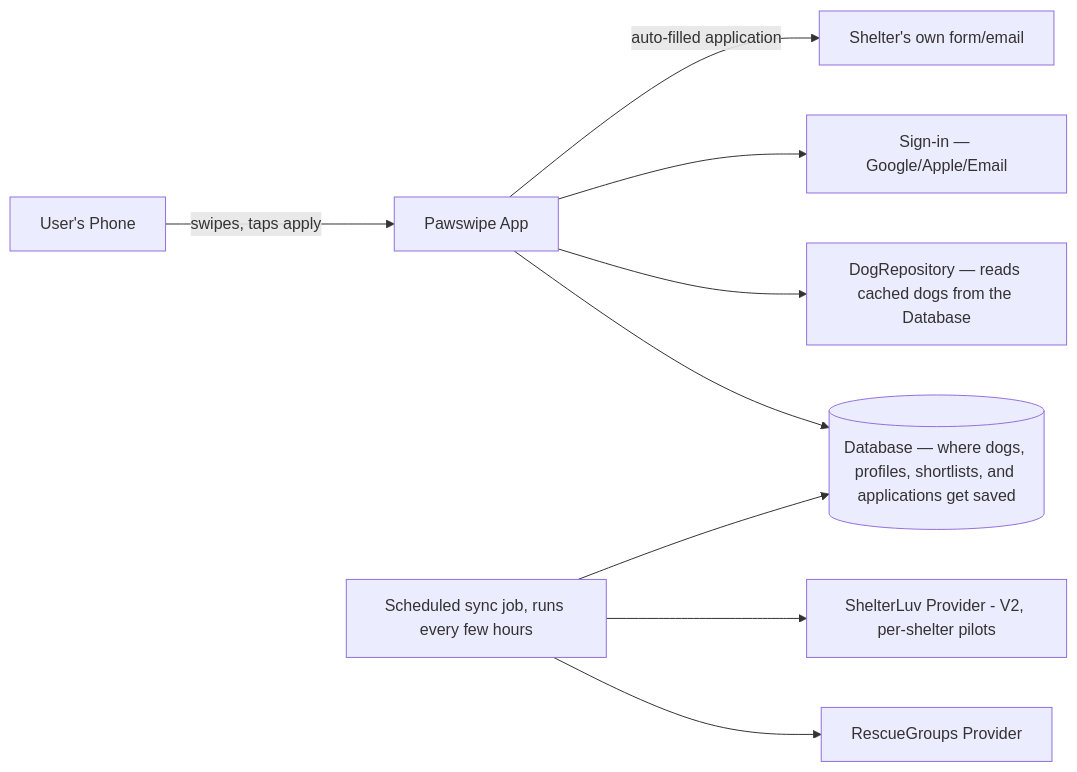
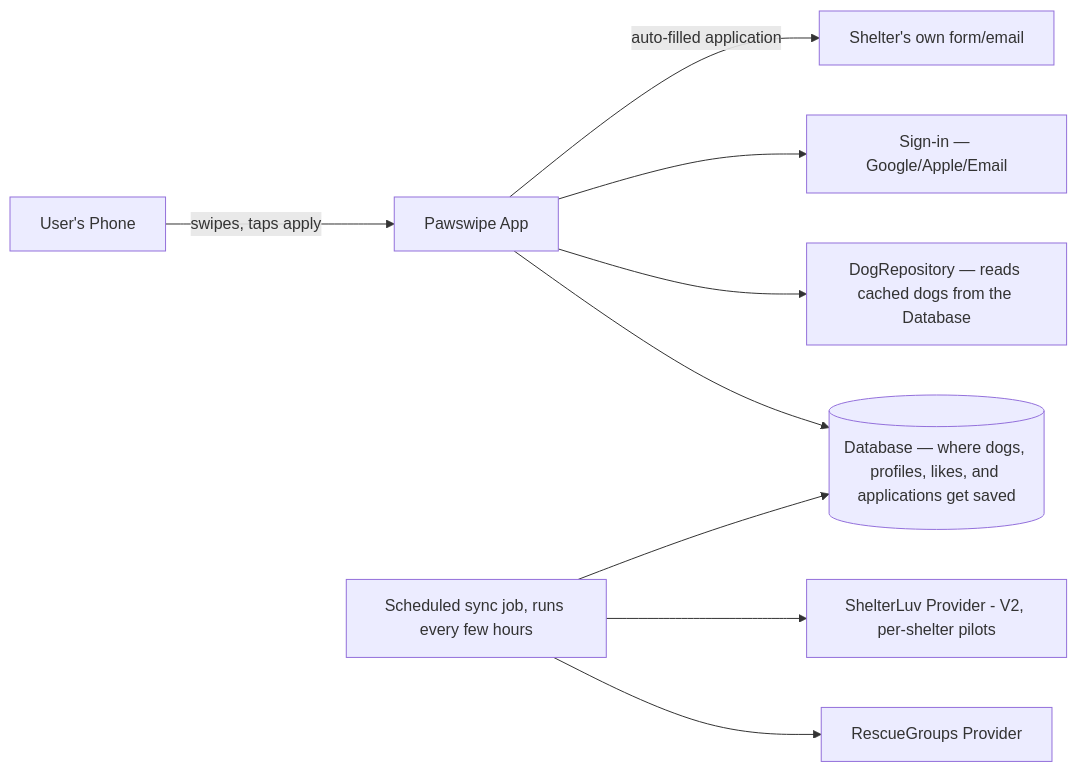
Before and after one commit to alexyung14-afk/pawswipe: the fourth of 5 diagrams in docs/PLAN.md, drawn with Mermaid. The commit also changed other lines of this file and 12 other files, not shown here.

````diff
--- a/docs/PLAN.md
+++ b/docs/PLAN.md
@@ -94,11 +94,11 @@
 ```mermaid
 flowchart LR
     U[User's Phone] -->|swipes, taps apply| App[Pawswipe App]
-    App --> DB[(Database — where dogs, profiles, shortlists, and applications get saved)]
+    App --> DB[(Database — where dogs, profiles, likes, and applications get saved)]
     App --> Repo[DogRepository — reads cached dogs from the Database]
     Sync[Scheduled sync job, runs every few hours] --> RG[RescueGroups Provider]
     Sync --> SL[ShelterLuv Provider - V2, per-shelter pilots]
     Sync --> DB
     App --> Auth[Sign-in — Google/Apple/Email]
     App -->|auto-filled application| Shelter[Shelter's own form/email]
 ```
````
